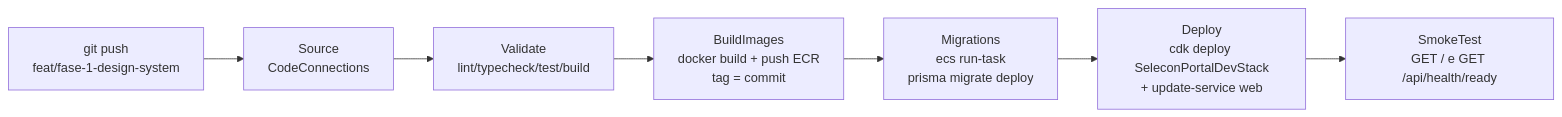
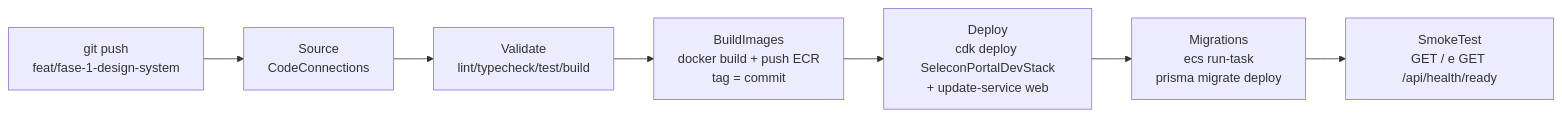
One commit to Fernando-Carilo/novo-site-selecon changed the fourth of 4 diagrams in docs/ARCHITECTURE.md. Above: the diagram before and after it, drawn with Mermaid. The commit also changed other lines of this file and 9 other files, not shown here.

````diff
--- a/docs/ARCHITECTURE.md
+++ b/docs/ARCHITECTURE.md
@@ -128,9 +128,9 @@
 ```mermaid
 flowchart LR
     Dev[git push\nfeat/fase-1-design-system] --> Source[Source\nCodeConnections]
     Source --> Validate[Validate\nlint/typecheck/test/build]
     Validate --> BuildImages[BuildImages\ndocker build + push ECR\ntag = commit]
-    BuildImages --> Migrations[Migrations\necs run-task\nprisma migrate deploy]
-    Migrations --> Deploy[Deploy\ncdk deploy SeleconPortalDevStack\n+ update-service web]
-    Deploy --> SmokeTest[SmokeTest\nGET / e GET /api/health/ready]
+    BuildImages --> Deploy[Deploy\ncdk deploy SeleconPortalDevStack\n+ update-service web]
+    Deploy --> Migrations[Migrations\necs run-task\nprisma migrate deploy]
+    Migrations --> SmokeTest[SmokeTest\nGET / e GET /api/health/ready]
 ```
````
